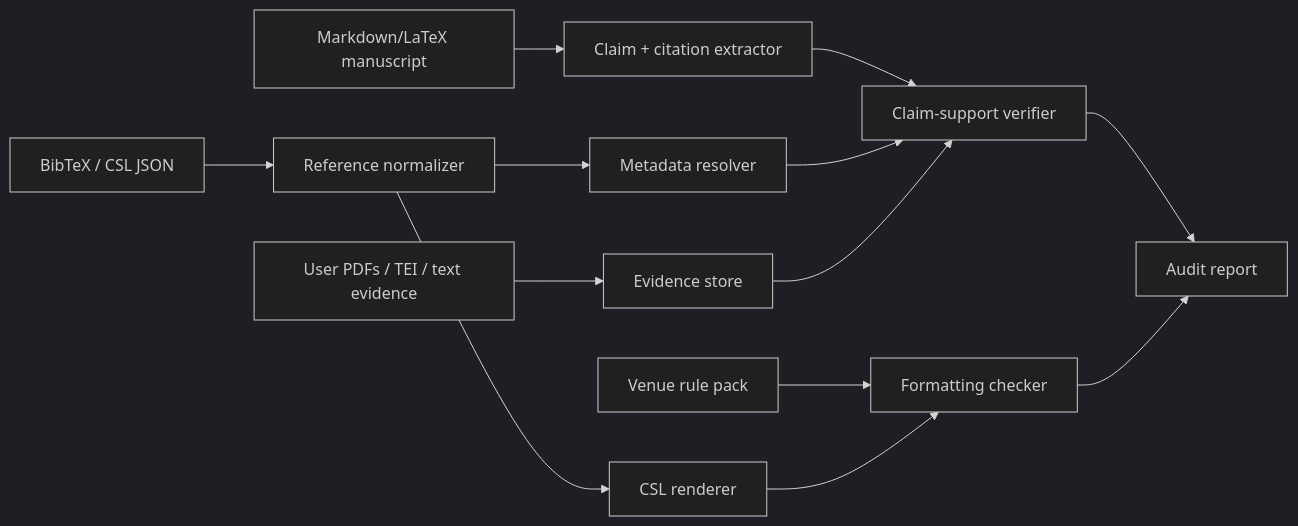
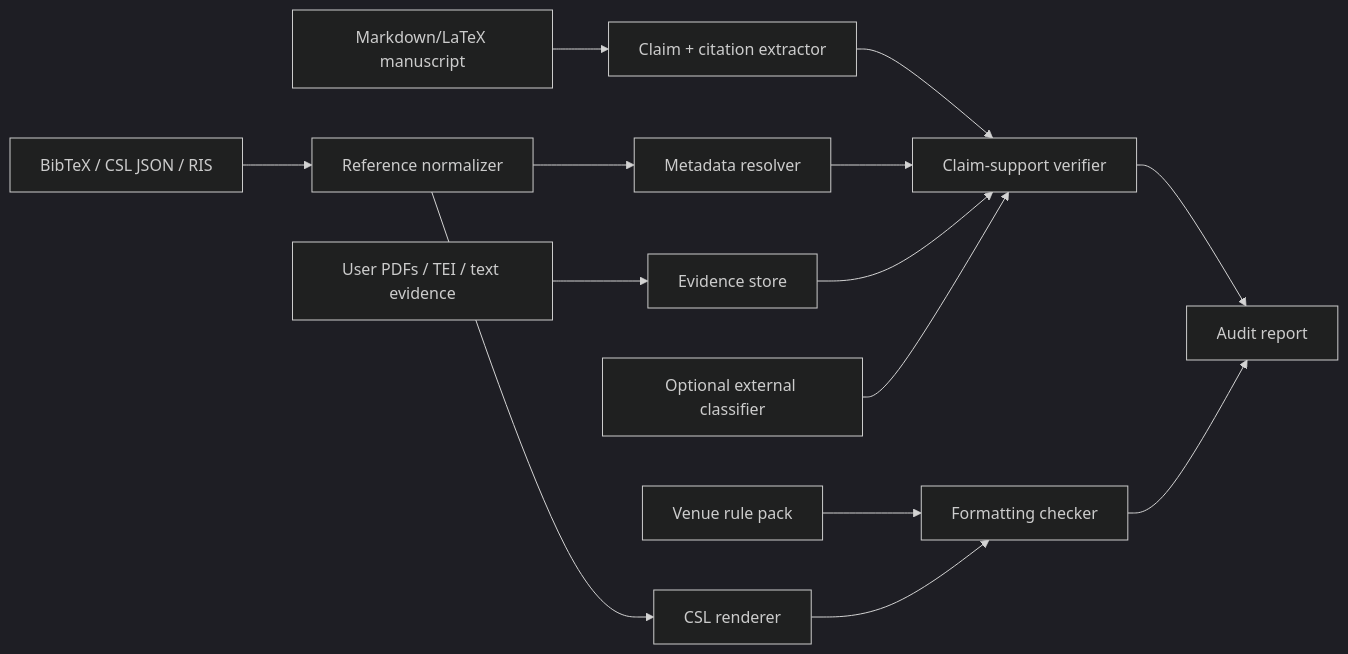
Before and after one commit to shrijacked/citekit: the diagram in README.md, drawn with Mermaid (dark theme). The commit also changed other lines of this file and 10 other files, not shown here.

Commit message:
feat: add external claim classifier command

````diff
--- a/README.md
+++ b/README.md
@@ -150,15 +189,16 @@
 ```mermaid
 flowchart LR
   A["Markdown/LaTeX manuscript"] --> B["Claim + citation extractor"]
-  C["BibTeX / CSL JSON"] --> D["Reference normalizer"]
+  C["BibTeX / CSL JSON / RIS"] --> D["Reference normalizer"]
   D --> E["Metadata resolver"]
   F["User PDFs / TEI / text evidence"] --> G["Evidence store"]
   B --> H["Claim-support verifier"]
   E --> H
   G --> H
+  N["Optional external classifier"] --> H
   D --> I["CSL renderer"]
   J["Venue rule pack"] --> K["Formatting checker"]
   I --> K
   H --> L["Audit report"]
   K --> L
 ```
````
